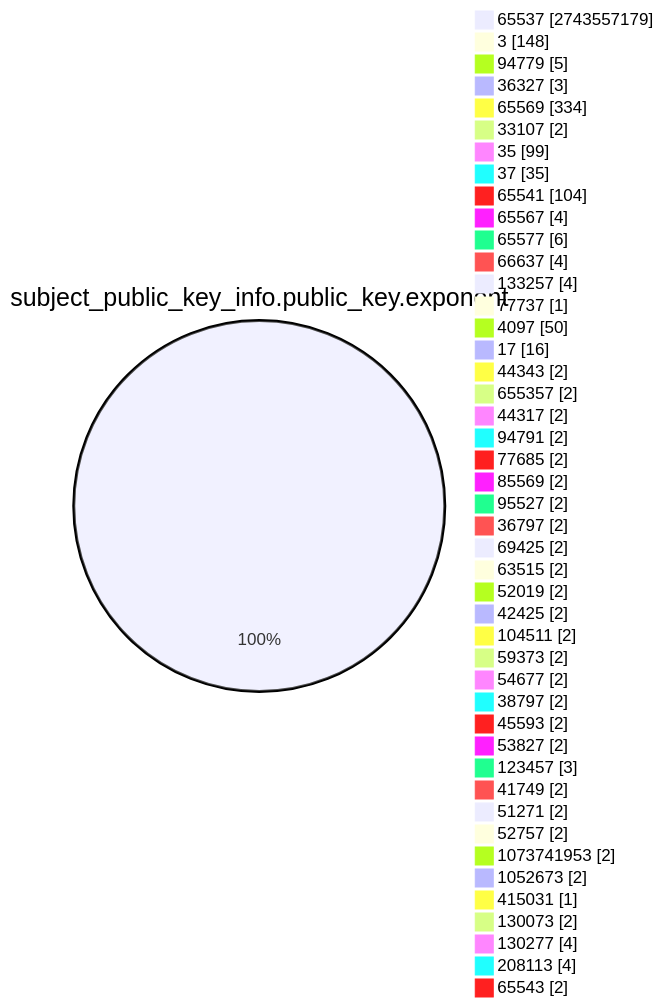
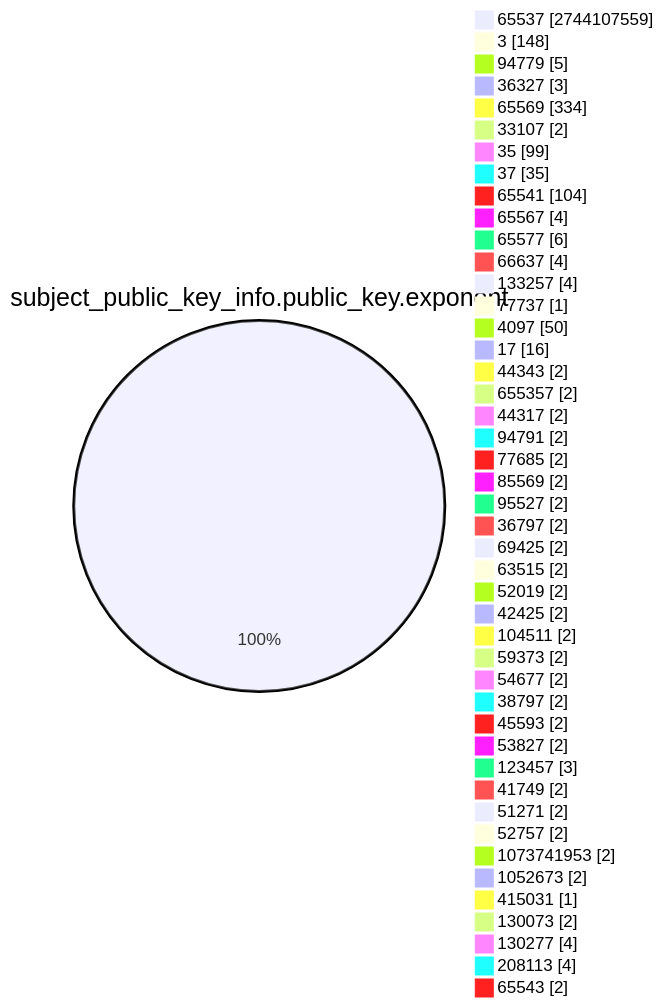
The fourth of 15 diagrams in TOTAL/README.md (christiankrug/ctmonitor_visualization), drawn with Mermaid before and after one commit. The commit also changed other lines of this file, not shown here.

````diff
--- a/TOTAL/README.md
+++ b/TOTAL/README.md
@@ -1467,49 +1467,49 @@
 ```mermaid
 pie showData
 title subject_public_key_info.public_key.exponent
-"65537" :2743557179
+"65537" :2744107559
 "3" :148
 "94779" :5
 "36327" :3
 "65569" :334
 "33107" :2
 "35" :99
 "37" :35
 "65541" :104
 "65567" :4
 "65577" :6
 "66637" :4
 "133257" :4
 "77737" :1
 "4097" :50
 "17" :16
 "44343" :2
 "655357" :2
 "44317" :2
 "94791" :2
 "77685" :2
 "85569" :2
 "95527" :2
 "36797" :2
 "69425" :2
 "63515" :2
 "52019" :2
 "42425" :2
 "104511" :2
 "59373" :2
 "54677" :2
 "38797" :2
 "45593" :2
 "53827" :2
 "123457" :3
 "41749" :2
 "51271" :2
 "52757" :2
 "1073741953" :2
 "1052673" :2
 "415031" :1
 "130073" :2
 "130277" :4
 "208113" :4
 "65543" :2
 ```
````
